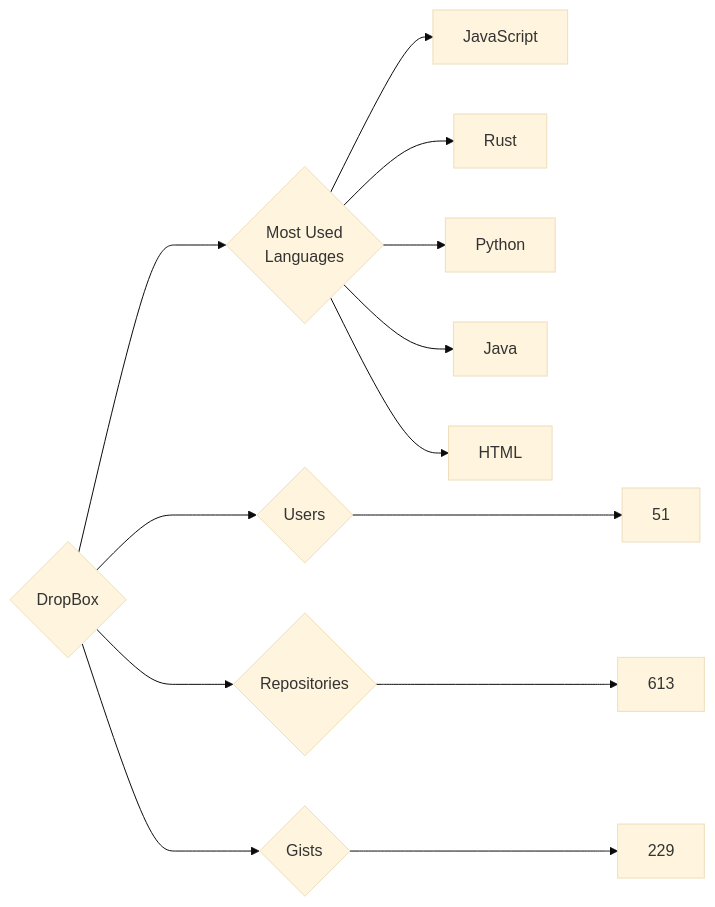
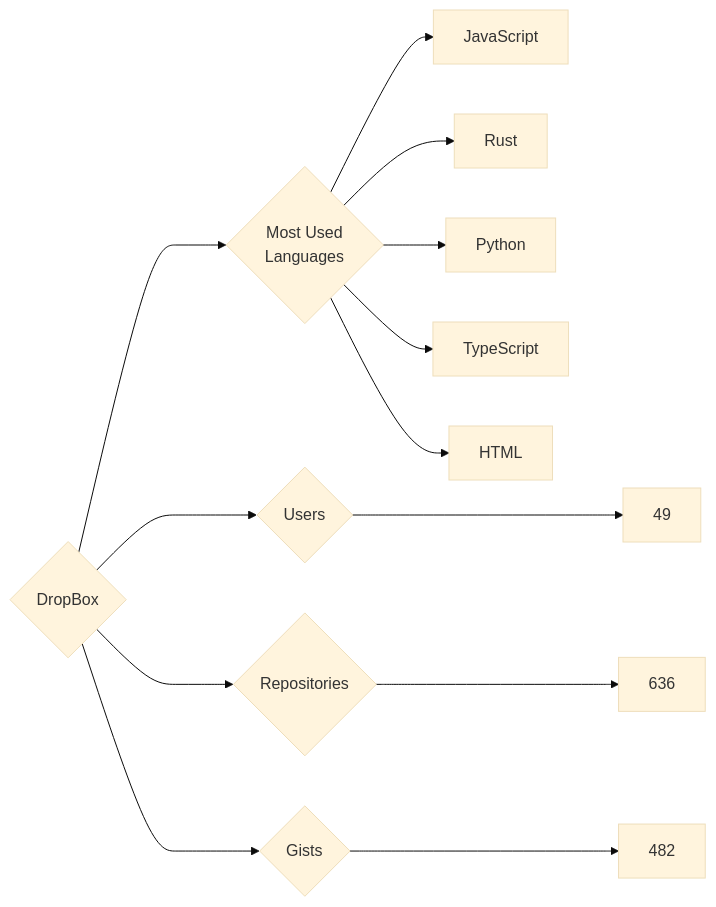
The diagram in targets/DropBox/README.md (trickest/insiders), drawn with Mermaid (base theme) before and after one commit. The commit also changed 900 other files, not shown here.

````diff
--- a/targets/DropBox/README.md
+++ b/targets/DropBox/README.md
@@ -3,13 +3,13 @@
 ```mermaid
 graph LR
 COMPANY_NAME{DropBox}
-COMPANY_NAME ---> U{Users} ---> UN[51]
-COMPANY_NAME ---> R{Repositories} ---> RN[613]
-COMPANY_NAME ---> G{Gists} ---> GN[229]
+COMPANY_NAME ---> U{Users} ---> UN[49]
+COMPANY_NAME ---> R{Repositories} ---> RN[636]
+COMPANY_NAME ---> G{Gists} ---> GN[482]
 COMPANY_NAME ---> ML{Most Used<br>Languages}
 ML --> JavaScript[JavaScript]
 ML --> Rust[Rust]
 ML --> Python[Python]
-ML --> Java[Java]
+ML --> TypeScript[TypeScript]
 ML --> HTML[HTML]
 ```
````
